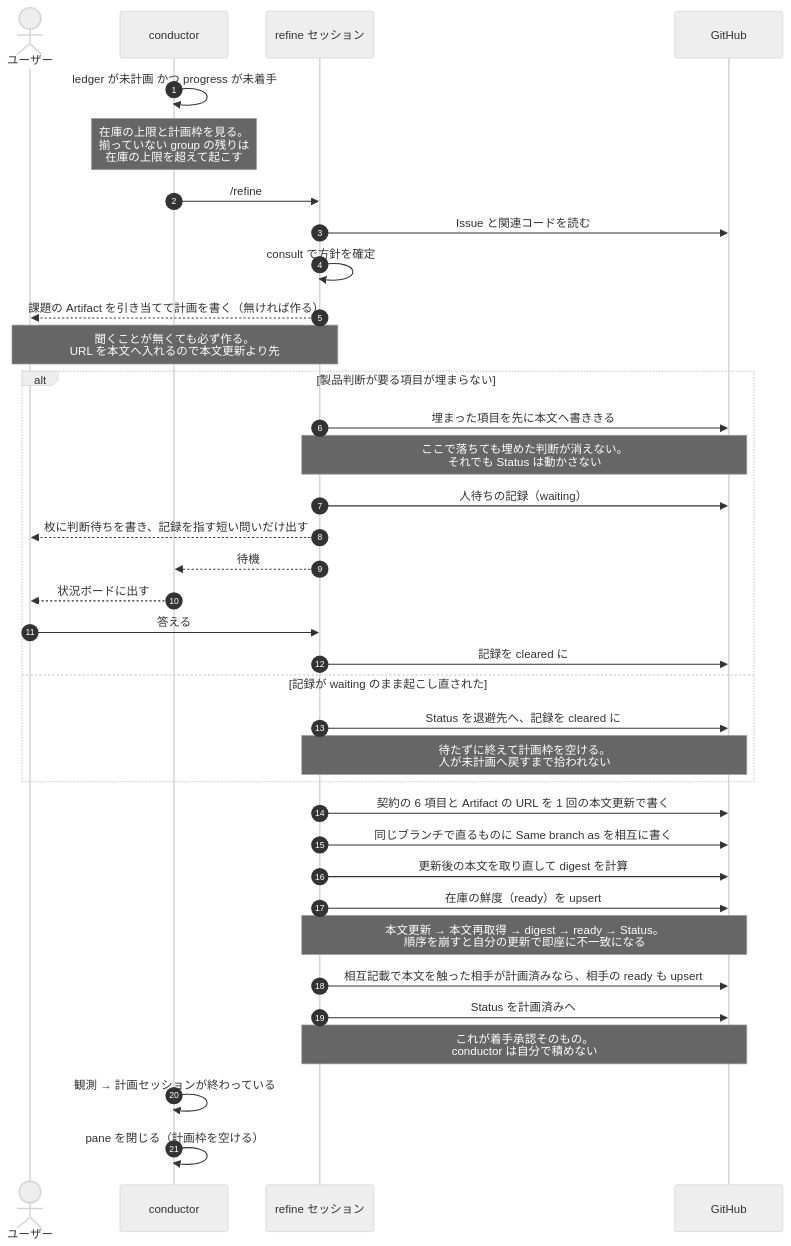
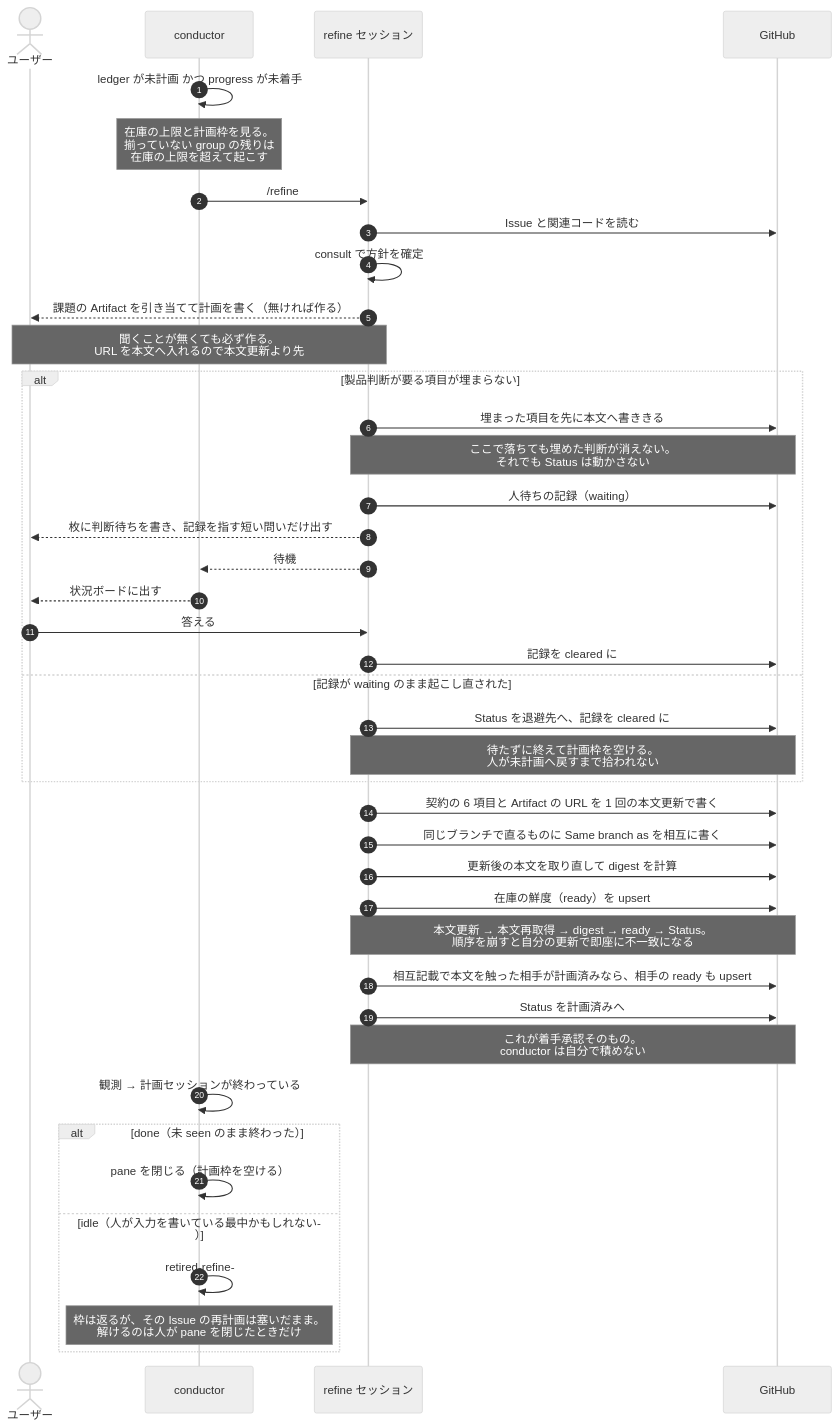
Before and after one commit to usagizmo/agentfiles: the fourth of 4 diagrams in agents/docs/lifecycle.md, drawn with Mermaid (neutral theme). The commit also changed other lines of this file and 3 other files, not shown here.

First line of the commit message:
📝 [agents] docs の索引ずれを直し、図を現行の分岐へ合わせる

````diff
--- a/agents/docs/lifecycle.md
+++ b/agents/docs/lifecycle.md
@@ -190,41 +190,47 @@
 ```mermaid
 sequenceDiagram
     autonumber
     actor U as ユーザー
     participant C as conductor
     participant F as refine セッション
     participant GH as GitHub
 
     C->>C: ledger が未計画 かつ progress が未着手
     Note over C: 在庫の上限と計画枠を見る。<br/>揃っていない group の残りは<br/>在庫の上限を超えて起こす
     C->>F: /refine #N
     F->>GH: Issue と関連コードを読む
     F->>F: consult で方針を確定
     F-->>U: 課題の Artifact を引き当てて計画を書く（無ければ作る）
     Note over F,U: 聞くことが無くても必ず作る。<br/>URL を本文へ入れるので本文更新より先
 
     alt 製品判断が要る項目が埋まらない
         F->>GH: 埋まった項目を先に本文へ書ききる
         Note over F,GH: ここで落ちても埋めた判断が消えない。<br/>それでも Status は動かさない
         F->>GH: 人待ちの記録（waiting）
         F-->>U: 枚に判断待ちを書き、記録を指す短い問いだけ出す
         F-->>C: 待機
         C-->>U: 状況ボードに出す
         U->>F: 答える
         F->>GH: 記録を cleared に
     else 記録が waiting のまま起こし直された
         F->>GH: Status を退避先へ、記録を cleared に
         Note over F,GH: 待たずに終えて計画枠を空ける。<br/>人が未計画へ戻すまで拾われない
     end
 
     F->>GH: 契約の 6 項目と Artifact の URL を 1 回の本文更新で書く
     F->>GH: 同じブランチで直るものに Same branch as を相互に書く
     F->>GH: 更新後の本文を取り直して digest を計算
     F->>GH: 在庫の鮮度（ready）を upsert
     Note over F,GH: 本文更新 → 本文再取得 → digest → ready → Status。<br/>順序を崩すと自分の更新で即座に不一致になる
     F->>GH: 相互記載で本文を触った相手が計画済みなら、相手の ready も upsert
     F->>GH: Status を計画済みへ
     Note over F,GH: これが着手承認そのもの。<br/>conductor は自分で積めない
     C->>C: 観測 → 計画セッションが終わっている
-    C->>C: pane を閉じる（計画枠を空ける）
+
+    alt done（未 seen のまま終わった）
+        C->>C: pane を閉じる（計画枠を空ける）
+    else idle（人が入力を書いている最中かもしれない）
+        C->>C: retired-refine-#N へ rename する
+        Note over C: 枠は返るが、その Issue の再計画は塞いだまま。<br/>解けるのは人が pane を閉じたときだけ
+    end
 ```
````
